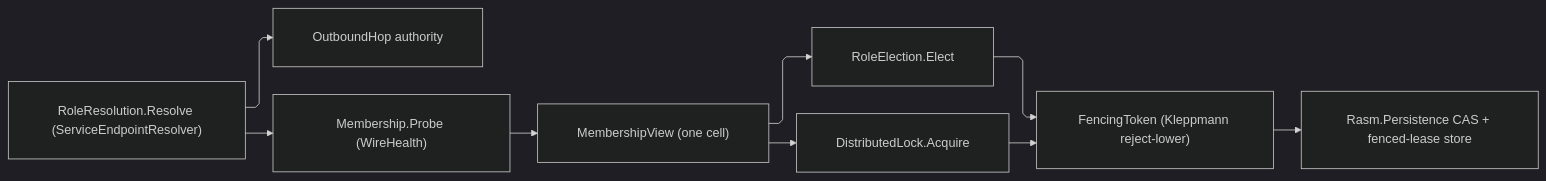
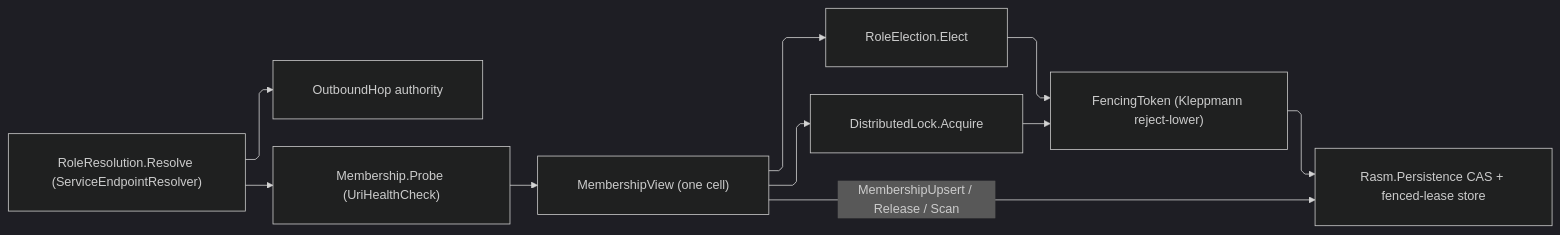
One commit to bsamiee/Rasm changed the diagram in libs/csharp/Rasm.AppHost/.planning/Wire/coordination.md. Above: the diagram before and after it, drawn with Mermaid (dark theme). The commit also changed other lines of this file and 747 other files, not shown here.

````diff
--- a/libs/csharp/Rasm.AppHost/.planning/Wire/coordination.md
+++ b/libs/csharp/Rasm.AppHost/.planning/Wire/coordination.md
@@ -249,20 +388,21 @@
 ```mermaid
 ---
 config:
   layout: elk
   flowchart:
     curve: linear
     padding: 25
 ---
 flowchart LR
     accTitle: One coordination surface over the fenced lease and the endpoint resolver
-    accDescr: The resolver maps a role to live endpoints feeding the outbound hop authority; probes fold into one membership view; the election and lock mint a fenced token over the one maintenance lease backed by the Persistence CAS store.
+    accDescr: The resolver maps a role to live endpoints feeding the outbound hop authority; remote probes fold into one membership view whose durable half crosses the coordination port; the election and lock mint a fenced token over the one maintenance lease backed by the Persistence CAS store.
     Resolve["RoleResolution.Resolve (ServiceEndpointResolver)"] --> Authority["OutboundHop authority"]
-    Resolve --> Probe["Membership.Probe (WireHealth)"]
+    Resolve --> Probe["Membership.Probe (UriHealthCheck)"]
     Probe --> View["MembershipView (one cell)"]
+    View -->|"MembershipUpsert / Release / Scan"| Store
     View --> Elect["RoleElection.Elect"]
     View --> Lock["DistributedLock.Acquire"]
     Elect --> Token["FencingToken (Kleppmann reject-lower)"]
     Lock --> Token
     Token --> Store["Rasm.Persistence CAS + fenced-lease store"]
 ```
````
